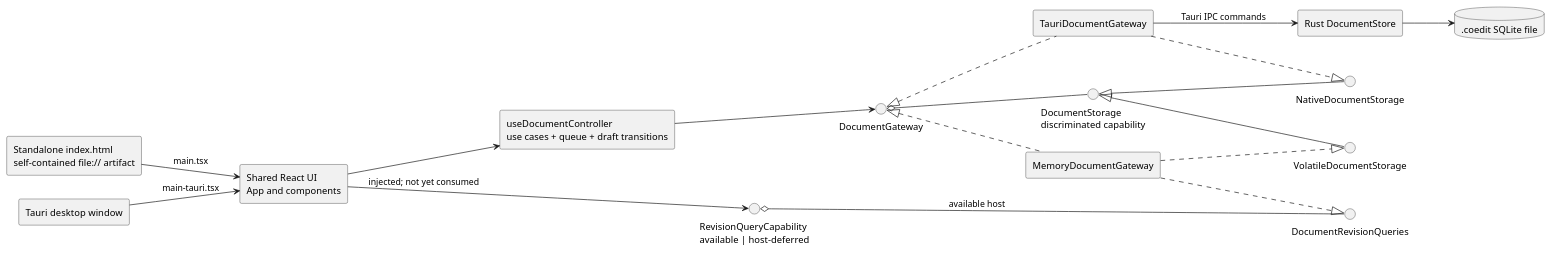
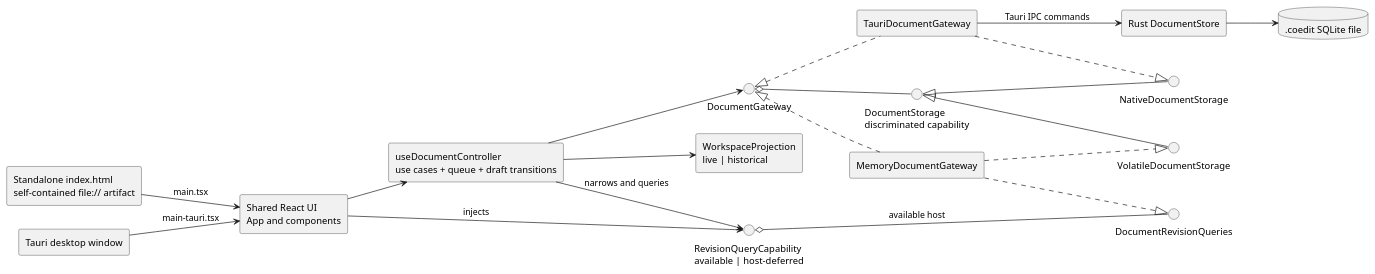
Before and after one commit to benoit-gl/coedit: the diagram in docs/README.md, drawn with PlantUML. The commit also changed other lines of this file and 19 other files, not shown here.

Commit message:
WP-2: Add explicit live/historical workspace mode

````diff
--- a/docs/README.md
+++ b/docs/README.md
@@ -50,38 +50,41 @@
 ```plantuml
 @startuml
 skinparam componentStyle rectangle
 left to right direction
 
 component "Standalone index.html\nself-contained file:// artifact" as Standalone
 component "Tauri desktop window" as Desktop
 component "Shared React UI\nApp and components" as UI
 component "useDocumentController\nuse cases + queue + draft transitions" as Controller
+component "WorkspaceProjection\nlive | historical" as Workspace
 interface "DocumentGateway" as Gateway
 interface "DocumentStorage\ndiscriminated capability" as Storage
 interface "RevisionQueryCapability\navailable | host-deferred" as RevisionCapability
 interface "DocumentRevisionQueries" as RevisionQueries
 interface "VolatileDocumentStorage" as Volatile
 interface "NativeDocumentStorage" as Native
 component "MemoryDocumentGateway" as Memory
 component "TauriDocumentGateway" as TauriAdapter
 component "Rust DocumentStore" as Store
 database ".coedit SQLite file" as SQLite
 
 Standalone --> UI : main.tsx
 Desktop --> UI : main-tauri.tsx
 UI --> Controller
-UI --> RevisionCapability : injected; not yet consumed
+UI --> RevisionCapability : injects
 Controller --> Gateway
+Controller --> Workspace
+Controller --> RevisionCapability : narrows and queries
 Gateway <|.. Memory
 Gateway <|.. TauriAdapter
 Gateway o-- Storage
 Storage <|-- Volatile
 Storage <|-- Native
 Memory ..|> Volatile
 Memory ..|> RevisionQueries
 RevisionCapability o-- RevisionQueries : available host
 TauriAdapter ..|> Native
 TauriAdapter --> Store : Tauri IPC commands
 Store --> SQLite
 @enduml
 ```
````
